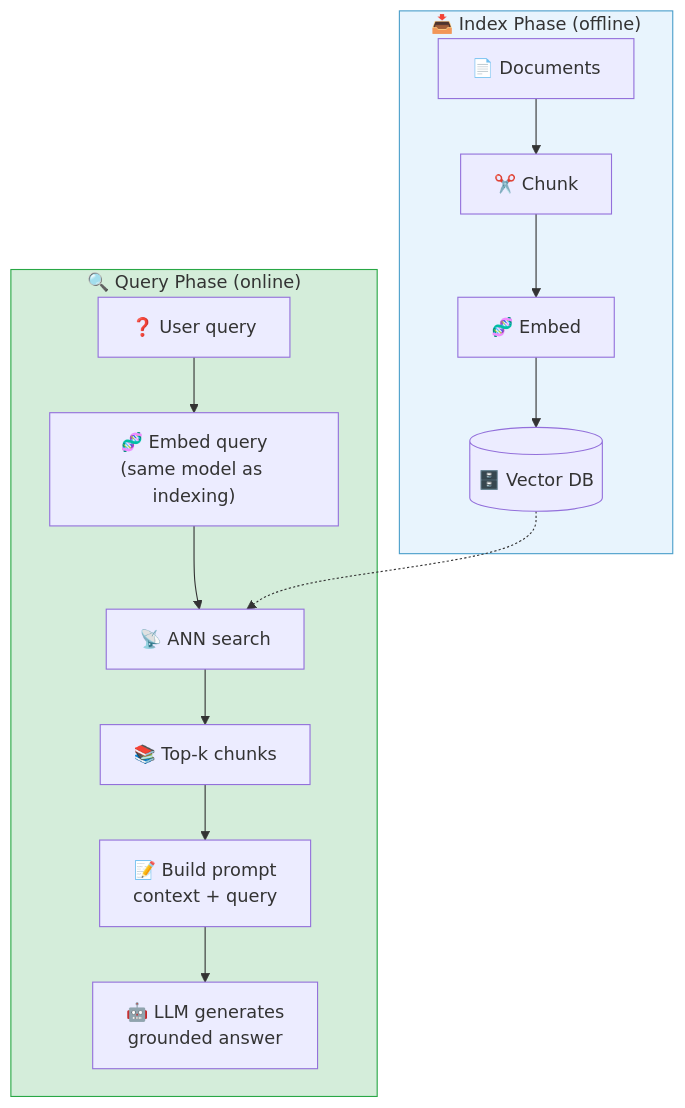
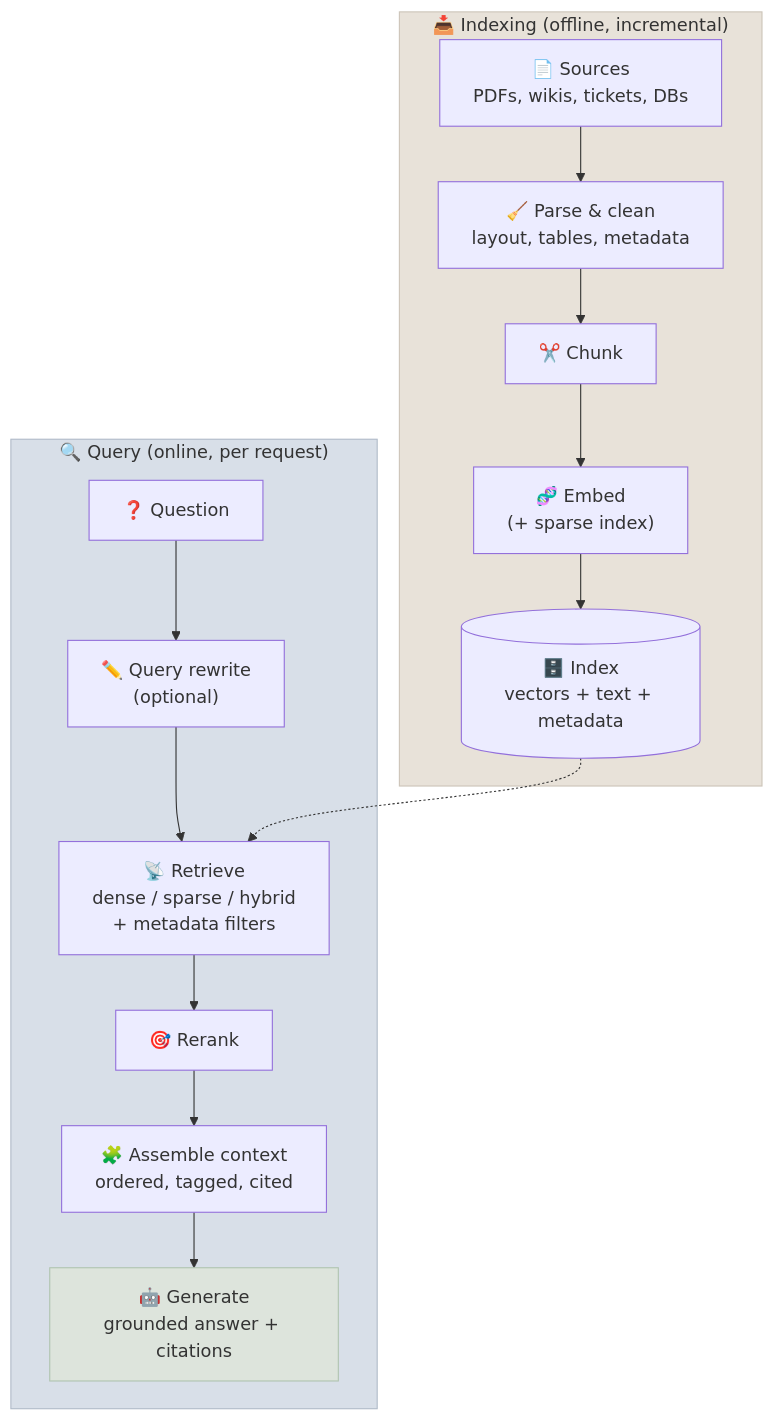
The diagram in src/content/11-RAG/Notes/01-RAG-Fundamentals.mdx (sundante/sun-course-genai), drawn with Mermaid before and after one commit. The commit also changed other lines of this file and 24 other files, not shown here.

````diff
--- a/src/content/11-RAG/Notes/01-RAG-Fundamentals.mdx
+++ b/src/content/11-RAG/Notes/01-RAG-Fundamentals.mdx
@@ -18,16 +21,19 @@
 ```mermaid
 flowchart TD
-    subgraph IDX["📥 Index Phase (offline)"]
-        D["📄 Documents"] --> CH["✂️ Chunk"] --> EMB["🧬 Embed"] --> VDB[("🗄️ Vector DB")]
+    subgraph IDX["📥 Indexing (offline, incremental)"]
+        D["📄 Sources<br/>PDFs, wikis, tickets, DBs"] --> P["🧹 Parse & clean<br/>layout, tables, metadata"]
+        P --> CH["✂️ Chunk"] --> EMB["🧬 Embed<br/>(+ sparse index)"] --> VS[("🗄️ Index<br/>vectors + text + metadata")]
     end
-    subgraph QRY["🔍 Query Phase (online)"]
-        Q["❓ User query"] --> EQ["🧬 Embed query<br/>(same model as indexing)"]
-        EQ --> ANN["📡 ANN search"] --> TOPK["📚 Top-k chunks"]
-        TOPK --> PR["📝 Build prompt<br/>context + query"]
-        PR --> LLM["🤖 LLM generates<br/>grounded answer"]
+    subgraph QRY["🔍 Query (online, per request)"]
+        Q["❓ Question"] --> QT["✏️ Query rewrite<br/>(optional)"]
+        QT --> RET["📡 Retrieve<br/>dense / sparse / hybrid<br/>+ metadata filters"]
+        RET --> RR["🎯 Rerank"]
+        RR --> CTX["🧩 Assemble context<br/>ordered, tagged, cited"]
+        CTX --> GEN["🤖 Generate<br/>grounded answer + citations"]
     end
-    VDB -.-> ANN
+    VS -.-> RET
 
-    style IDX fill:#e8f4fd,stroke:#4a9eca
-    style QRY fill:#d4edda,stroke:#28a745
+    style IDX fill:#e8e2d9,stroke:#ccc4b8
+    style QRY fill:#d8dfe8,stroke:#b0bac8
+    style GEN fill:#dde4dc,stroke:#b0c4b0
 ```
````
